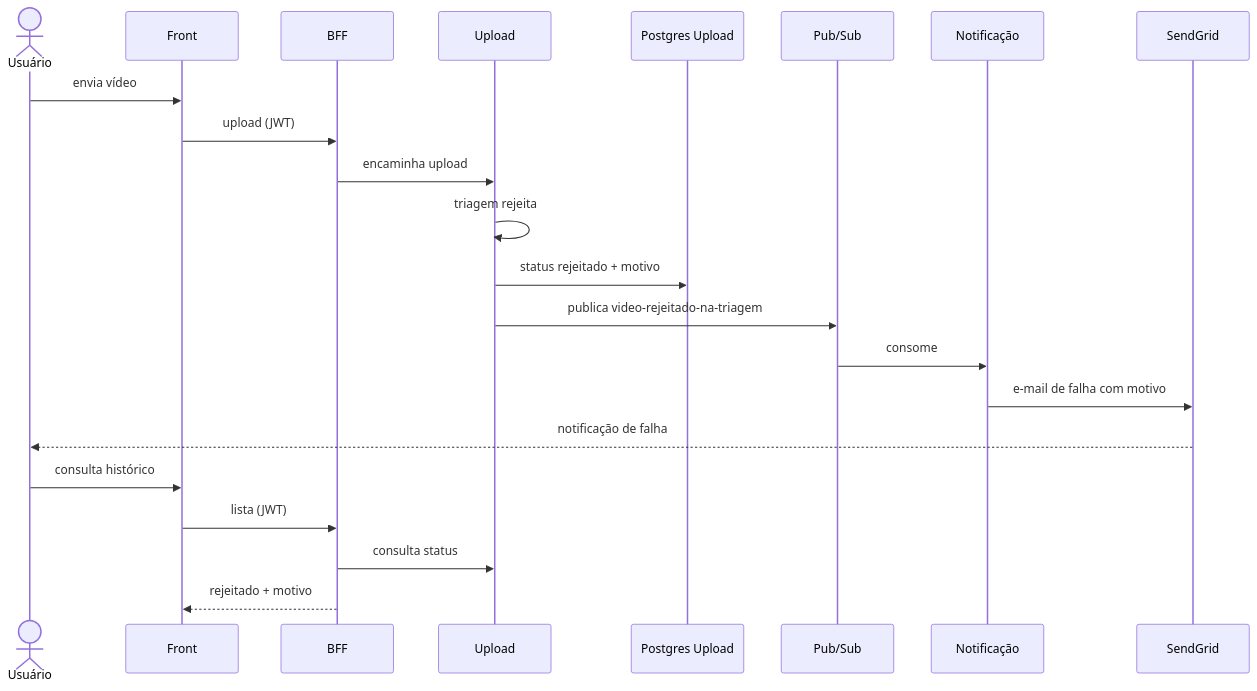
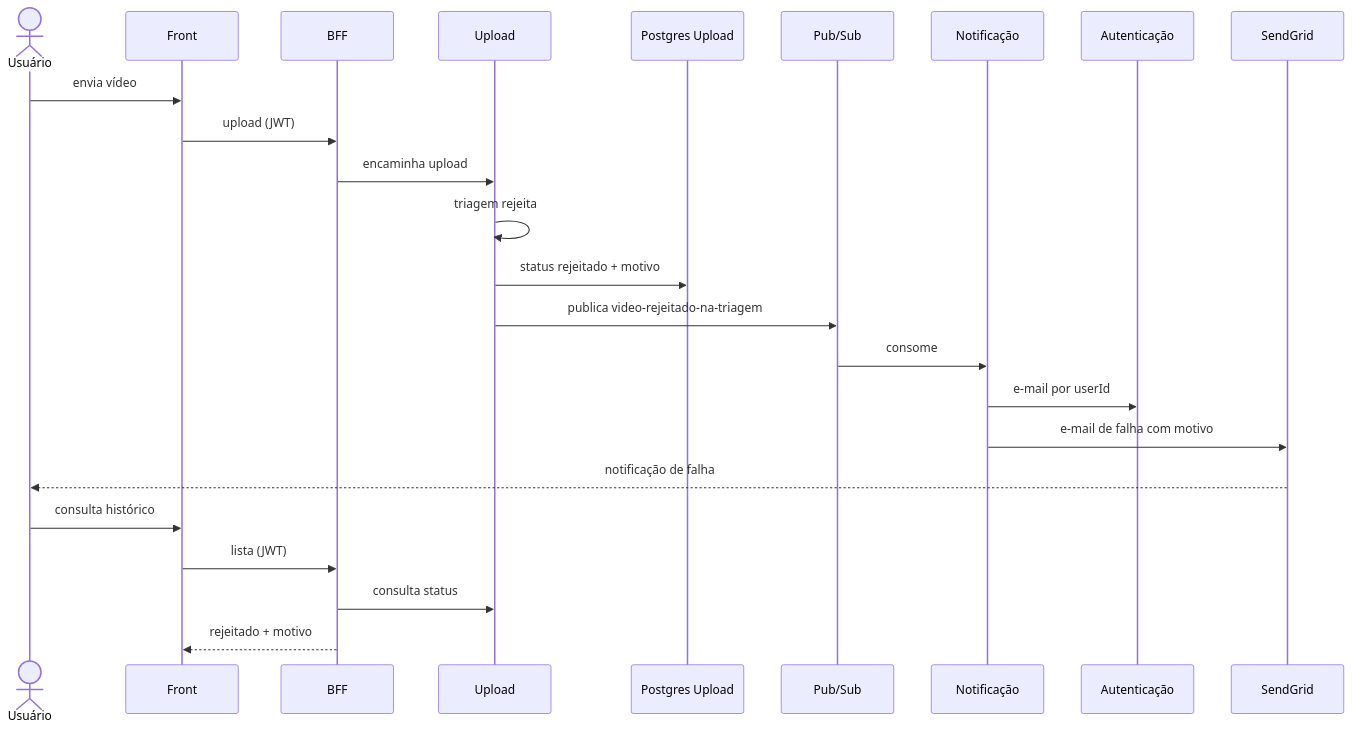
The diagram in fluxo-e-estados/03_rejeicao-na-triagem.md (fiap-x-vcosta/docs), drawn with Mermaid before and after one commit. The commit also changed 17 other files, not shown here.

Commit message:
docs: desfechos com resultado+filtro; e-mail via Auth por userId

````diff
--- a/fluxo-e-estados/03_rejeicao-na-triagem.md
+++ b/fluxo-e-estados/03_rejeicao-na-triagem.md
@@ -1,25 +1,27 @@
 ```mermaid
 sequenceDiagram
   actor U as Usuário
   participant Web as Front
   participant BFF as BFF
   participant Up as Upload
   participant PGU as Postgres Upload
   participant Bus as Pub/Sub
   participant Notif as Notificação
+  participant Auth as Autenticação
   participant SG as SendGrid
 
   U->>Web: envia vídeo
   Web->>BFF: upload (JWT)
   BFF->>Up: encaminha upload
   Up->>Up: triagem rejeita
   Up->>PGU: status rejeitado + motivo
   Up->>Bus: publica video-rejeitado-na-triagem
   Bus->>Notif: consome
+  Notif->>Auth: e-mail por userId
   Notif->>SG: e-mail de falha com motivo
   SG-->>U: notificação de falha
   U->>Web: consulta histórico
   Web->>BFF: lista (JWT)
   BFF->>Up: consulta status
   BFF-->>Web: rejeitado + motivo
 ```
````
